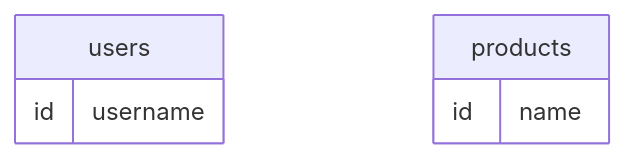
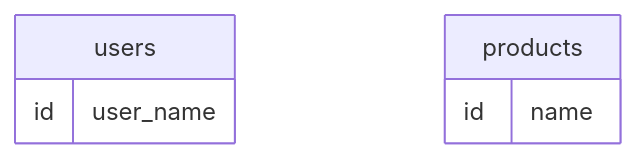
The diagram in docs/erd.md (jung173/newpractice), drawn with Mermaid before and after one commit.

Commit message:
Update ER diagram

````diff
--- a/docs/erd.md
+++ b/docs/erd.md
@@ -1,13 +1,13 @@
 ```mermaid
 erDiagram
 
 users {
     id
-    username
+    user_name
 }
 
 products {
     id
     name
 }
 ```
````
